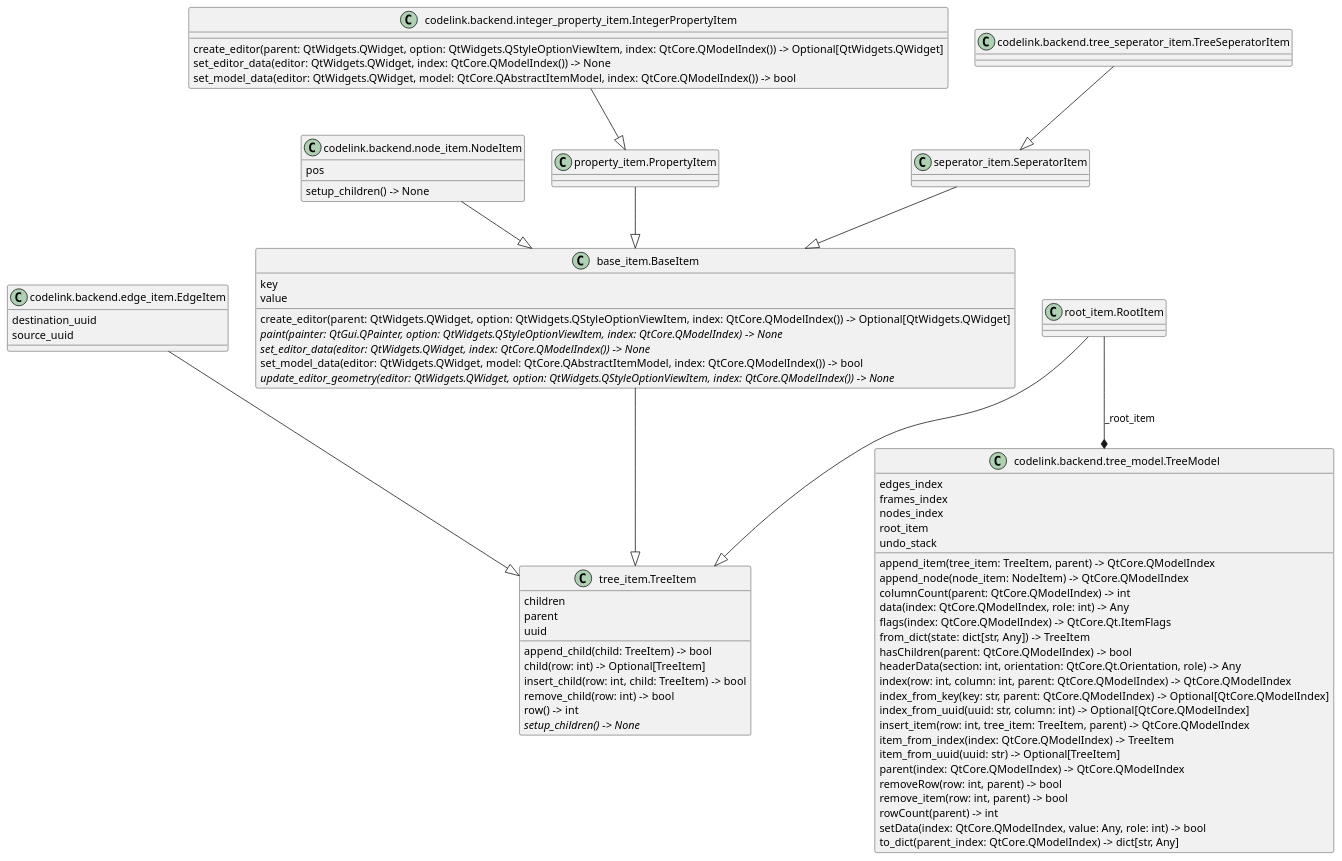
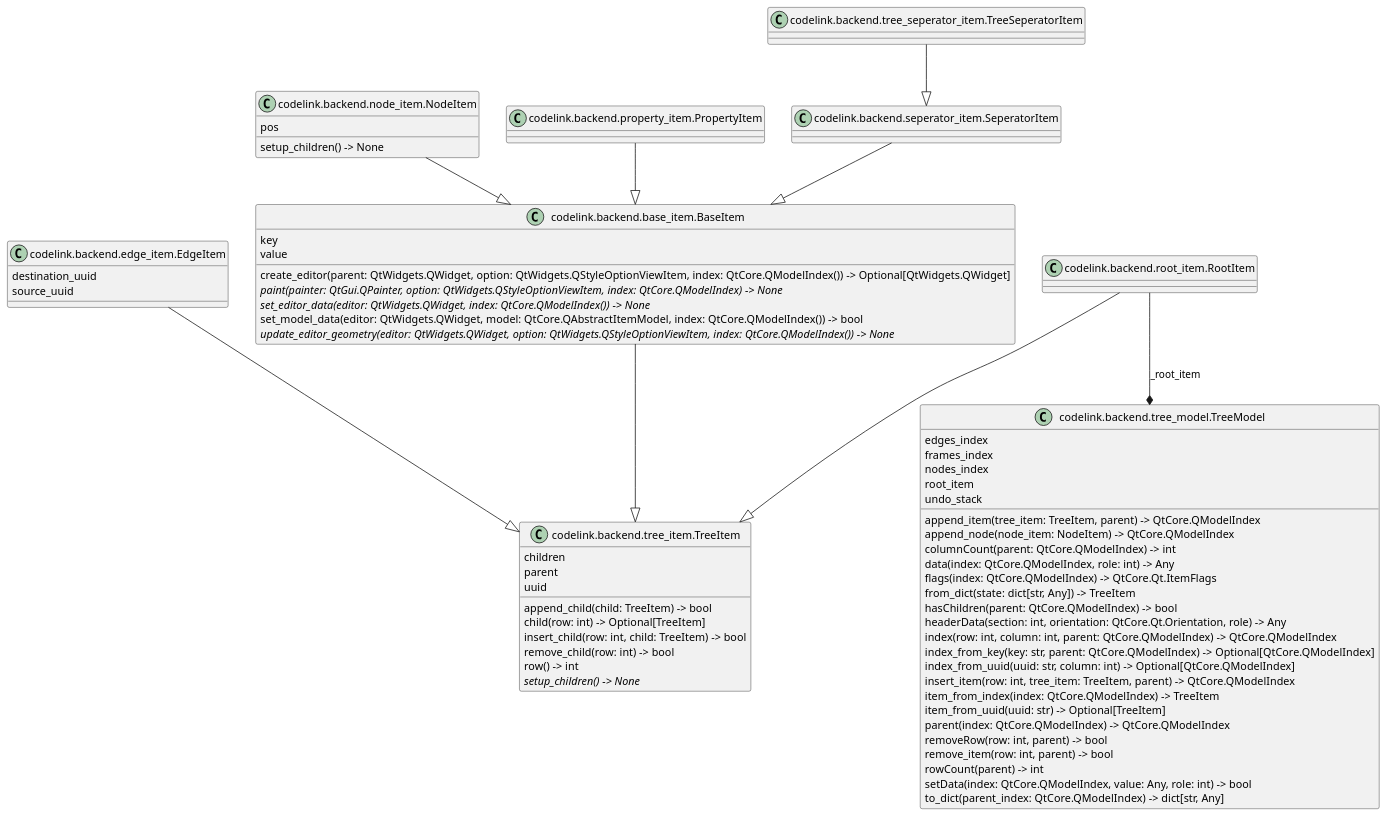
One commit to j8sr0230/codelink changed the diagram in src/codelink/backend/classes.puml. Above: the diagram before and after it, drawn with PlantUML. The commit also changed 2 other files, not shown here.

Commit message:
Adds load_nodes_from_path method to model_test.py

```diff
--- a/src/codelink/backend/classes.puml
+++ b/src/codelink/backend/classes.puml
@@ -1,80 +1,74 @@
 @startuml classes
 set namespaceSeparator none
-class "base_item.BaseItem" as base_item.BaseItem {
+class "codelink.backend.base_item.BaseItem" as codelink.backend.base_item.BaseItem {
   key
   value
   create_editor(parent: QtWidgets.QWidget, option: QtWidgets.QStyleOptionViewItem, index: QtCore.QModelIndex()) -> Optional[QtWidgets.QWidget]
   {abstract}paint(painter: QtGui.QPainter, option: QtWidgets.QStyleOptionViewItem, index: QtCore.QModelIndex) -> None
   {abstract}set_editor_data(editor: QtWidgets.QWidget, index: QtCore.QModelIndex()) -> None
   set_model_data(editor: QtWidgets.QWidget, model: QtCore.QAbstractItemModel, index: QtCore.QModelIndex()) -> bool
   {abstract}update_editor_geometry(editor: QtWidgets.QWidget, option: QtWidgets.QStyleOptionViewItem, index: QtCore.QModelIndex()) -> None
 }
 class "codelink.backend.edge_item.EdgeItem" as codelink.backend.edge_item.EdgeItem {
   destination_uuid
   source_uuid
 }
-class "codelink.backend.integer_property_item.IntegerPropertyItem" as codelink.backend.integer_property_item.IntegerPropertyItem {
-  create_editor(parent: QtWidgets.QWidget, option: QtWidgets.QStyleOptionViewItem, index: QtCore.QModelIndex()) -> Optional[QtWidgets.QWidget]
-  set_editor_data(editor: QtWidgets.QWidget, index: QtCore.QModelIndex()) -> None
-  set_model_data(editor: QtWidgets.QWidget, model: QtCore.QAbstractItemModel, index: QtCore.QModelIndex()) -> bool
-}
 class "codelink.backend.node_item.NodeItem" as codelink.backend.node_item.NodeItem {
   pos
   setup_children() -> None
+}
+class "codelink.backend.property_item.PropertyItem" as codelink.backend.property_item.PropertyItem {
+}
+class "codelink.backend.root_item.RootItem" as codelink.backend.root_item.RootItem {
+}
+class "codelink.backend.seperator_item.SeperatorItem" as codelink.backend.seperator_item.SeperatorItem {
+}
+class "codelink.backend.tree_item.TreeItem" as codelink.backend.tree_item.TreeItem {
+  children
+  parent
+  uuid
+  append_child(child: TreeItem) -> bool
+  child(row: int) -> Optional[TreeItem]
+  insert_child(row: int, child: TreeItem) -> bool
+  remove_child(row: int) -> bool
+  row() -> int
+  {abstract}setup_children() -> None
 }
 class "codelink.backend.tree_model.TreeModel" as codelink.backend.tree_model.TreeModel {
   edges_index
   frames_index
   nodes_index
   root_item
   undo_stack
   append_item(tree_item: TreeItem, parent) -> QtCore.QModelIndex
   append_node(node_item: NodeItem) -> QtCore.QModelIndex
   columnCount(parent: QtCore.QModelIndex) -> int
   data(index: QtCore.QModelIndex, role: int) -> Any
   flags(index: QtCore.QModelIndex) -> QtCore.Qt.ItemFlags
   from_dict(state: dict[str, Any]) -> TreeItem
   hasChildren(parent: QtCore.QModelIndex) -> bool
   headerData(section: int, orientation: QtCore.Qt.Orientation, role) -> Any
   index(row: int, column: int, parent: QtCore.QModelIndex) -> QtCore.QModelIndex
   index_from_key(key: str, parent: QtCore.QModelIndex) -> Optional[QtCore.QModelIndex]
   index_from_uuid(uuid: str, column: int) -> Optional[QtCore.QModelIndex]
   insert_item(row: int, tree_item: TreeItem, parent) -> QtCore.QModelIndex
   item_from_index(index: QtCore.QModelIndex) -> TreeItem
   item_from_uuid(uuid: str) -> Optional[TreeItem]
   parent(index: QtCore.QModelIndex) -> QtCore.QModelIndex
   removeRow(row: int, parent) -> bool
   remove_item(row: int, parent) -> bool
   rowCount(parent) -> int
   setData(index: QtCore.QModelIndex, value: Any, role: int) -> bool
   to_dict(parent_index: QtCore.QModelIndex) -> dict[str, Any]
 }
 class "codelink.backend.tree_seperator_item.TreeSeperatorItem" as codelink.backend.tree_seperator_item.TreeSeperatorItem {
 }
-class "property_item.PropertyItem" as property_item.PropertyItem {
-}
-class "root_item.RootItem" as root_item.RootItem {
-}
-class "seperator_item.SeperatorItem" as seperator_item.SeperatorItem {
-}
-class "tree_item.TreeItem" as tree_item.TreeItem {
-  children
-  parent
-  uuid
-  append_child(child: TreeItem) -> bool
-  child(row: int) -> Optional[TreeItem]
-  insert_child(row: int, child: TreeItem) -> bool
-  remove_child(row: int) -> bool
-  row() -> int
-  {abstract}setup_children() -> None
-}
-base_item.BaseItem --|> tree_item.TreeItem
-codelink.backend.edge_item.EdgeItem --|> tree_item.TreeItem
-codelink.backend.integer_property_item.IntegerPropertyItem --|> property_item.PropertyItem
-codelink.backend.node_item.NodeItem --|> base_item.BaseItem
-codelink.backend.tree_seperator_item.TreeSeperatorItem --|> seperator_item.SeperatorItem
-property_item.PropertyItem --|> base_item.BaseItem
-root_item.RootItem --|> tree_item.TreeItem
-seperator_item.SeperatorItem --|> base_item.BaseItem
-root_item.RootItem --* codelink.backend.tree_model.TreeModel : _root_item
+codelink.backend.base_item.BaseItem --|> codelink.backend.tree_item.TreeItem
+codelink.backend.edge_item.EdgeItem --|> codelink.backend.tree_item.TreeItem
+codelink.backend.node_item.NodeItem --|> codelink.backend.base_item.BaseItem
+codelink.backend.property_item.PropertyItem --|> codelink.backend.base_item.BaseItem
+codelink.backend.root_item.RootItem --|> codelink.backend.tree_item.TreeItem
+codelink.backend.seperator_item.SeperatorItem --|> codelink.backend.base_item.BaseItem
+codelink.backend.tree_seperator_item.TreeSeperatorItem --|> codelink.backend.seperator_item.SeperatorItem
+codelink.backend.root_item.RootItem --* codelink.backend.tree_model.TreeModel : _root_item
 @enduml
```
